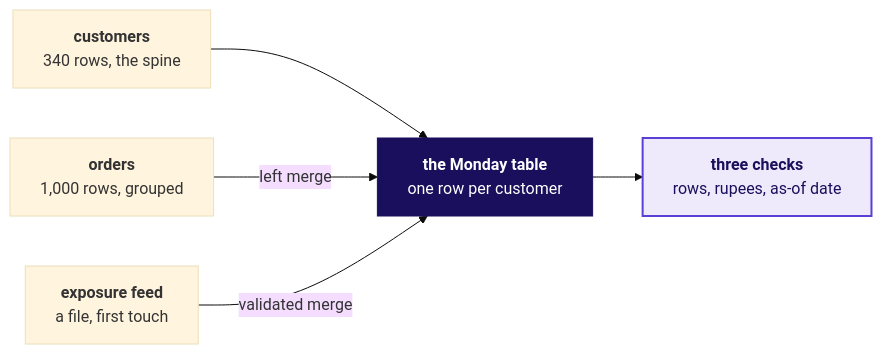
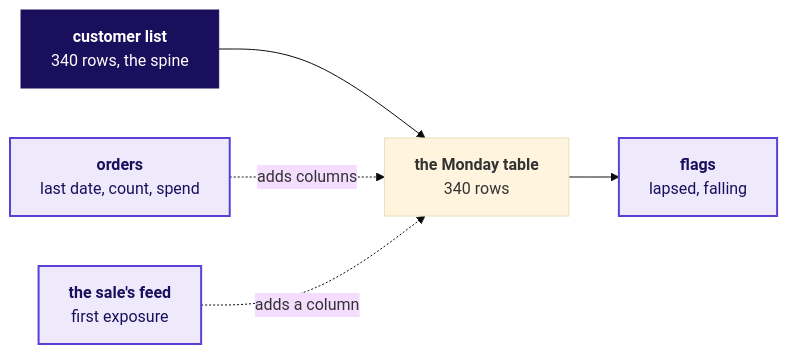
One commit to fde-academy-lab/c2-content-factory changed the second of 19 diagrams in content/W02/D4/slides/C2_W02_D04_half1_STUDENT.md. Above: the diagram before and after it, drawn with Mermaid (base theme). The commit also changed other lines of this file and 9 other files, not shown here.

First line of the commit message:
W02 D4 decks in the notebook's rhythm, the day sheet on the new grid and the Monday-table companion

````diff
--- a/content/W02/D4/slides/C2_W02_D04_half1_STUDENT.md
+++ b/content/W02/D4/slides/C2_W02_D04_half1_STUDENT.md
@@ -89,11 +85,11 @@
 ```mermaid
 flowchart LR
-    C["<b>customers</b><br/>340 rows, the spine"] --> T["<b>the Monday table</b><br/>one row per customer"]
-    O["<b>orders</b><br/>1,000 rows, grouped"] -->|"left merge"| T
-    E["<b>exposure feed</b><br/>a file, first touch"] -->|"validated merge"| T
-    T --> K["<b>three checks</b><br/>rows, rupees, as-of date"]
+    C["<b>customer list</b><br/>340 rows, the spine"] --> T["<b>the Monday table</b><br/>340 rows"]
+    O["<b>orders</b><br/>last date, count, spend"] -.->|adds columns| T
+    F["<b>the sale's feed</b><br/>first exposure"] -.->|adds a column| T
+    T --> G["<b>flags</b><br/>lapsed, falling"]
     classDef bet fill:#1A0F5C,stroke:#1A0F5C,color:#FFFFFF
     classDef known fill:#EEEAFB,stroke:#5B3FD6,color:#1A0F5C,stroke-width:2px
-    class T bet
-    class K known
+    class C bet
+    class O,F,G known
 ```
````
